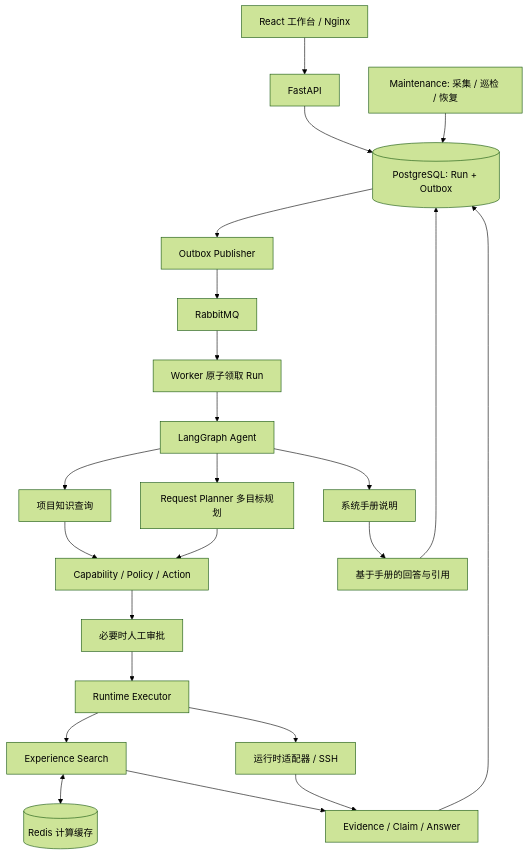
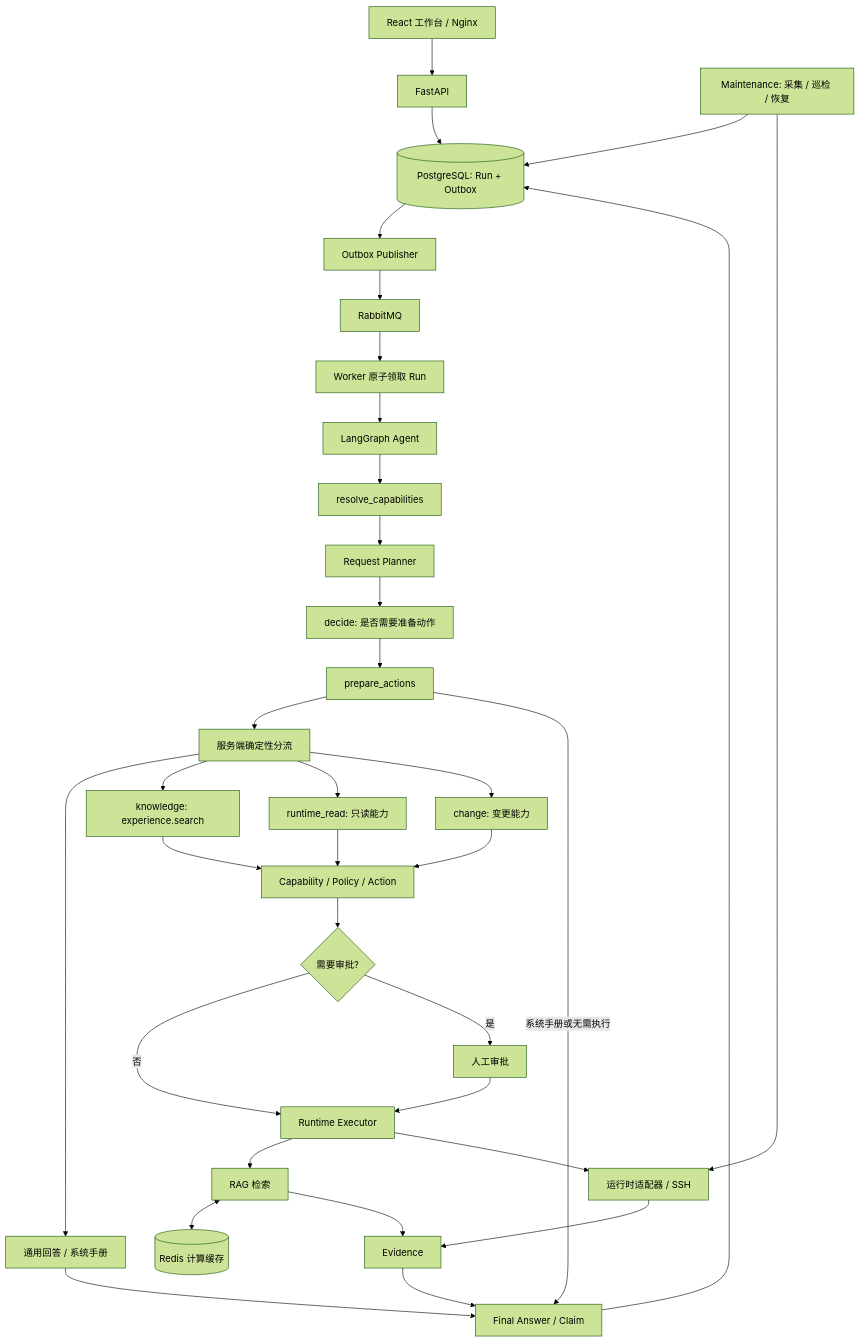
One commit to JChengPro/ops_agent_chat changed the diagram in README.md. Above: the diagram before and after it, drawn with Mermaid (forest theme). The commit also changed other lines of this file and 1 other file, not shown here.

Commit message:
docs: update README and current architecture

````diff
--- a/README.md
+++ b/README.md
@@ -27,25 +27,36 @@
 ```mermaid
 flowchart TD
     UI[React 工作台 / Nginx] --> API[FastAPI]
     API --> DB[(PostgreSQL: Run + Outbox)]
     DB --> Publisher[Outbox Publisher]
     Publisher --> MQ[RabbitMQ]
     MQ --> Worker[Worker 原子领取 Run]
-    Worker --> Agent[LangGraph Agent]
-    Agent --> Handbook[系统手册说明]
-    Agent --> Knowledge[项目知识查询]
-    Agent --> Planner[Request Planner 多目标规划]
+    Worker --> Graph[LangGraph Agent]
+    Graph --> Resolve[resolve_capabilities]
+    Resolve --> Planner[Request Planner]
+    Planner --> Decide[decide: 是否需要准备动作]
+    Decide --> Prepare[prepare_actions]
+    Prepare --> Dispatch[服务端确定性分流]
+    Dispatch --> General[通用回答 / 系统手册]
+    Dispatch --> Knowledge[knowledge: experience.search]
+    Dispatch --> RuntimeRead[runtime_read: 只读能力]
+    Dispatch --> Change[change: 变更能力]
     Knowledge --> Governance[Capability / Policy / Action]
-    Planner --> Governance
-    Governance --> Approval[必要时人工审批]
-    Approval --> Executor[Runtime Executor]
-    Executor --> RAG[Experience Search]
+    RuntimeRead --> Governance
+    Change --> Governance
+    Governance --> Approval{需要审批?}
+    Approval -->|否| Executor[Runtime Executor]
+    Approval -->|是| Human[人工审批]
+    Human --> Executor
+    Executor --> RAG[RAG 检索]
     Executor --> Runtime[运行时适配器 / SSH]
     RAG <--> Cache[(Redis 计算缓存)]
-    RAG --> Evidence[Evidence / Claim / Answer]
+    RAG --> Evidence[Evidence]
     Runtime --> Evidence
-    Handbook --> Answer[基于手册的回答与引用]
-    Evidence --> DB
-    Answer --> DB
+    Evidence --> Final[Final Answer / Claim]
+    General --> Final
+    Prepare -->|系统手册或无需执行| Final
+    Final --> DB
     Maintenance[Maintenance: 采集 / 巡检 / 恢复] --> DB
+    Maintenance --> Runtime
 ```
````
